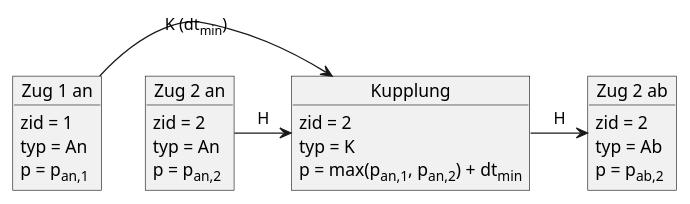
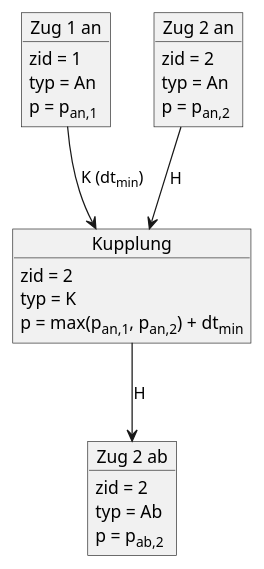
The diagram in docs/kupplung-ereignis.puml (topological-state/stskit), drawn with PlantUML before and after one commit. The commit also changed 3 other files, not shown here.

Commit message:
dokumentation: ereignisdiagramme vertikal darstellen

```diff
--- a/docs/kupplung-ereignis.puml
+++ b/docs/kupplung-ereignis.puml
@@ -1,31 +1,31 @@
 @startuml
 'https://plantuml.com/object-diagram
 
 object "Zug 1 an" as zug1an {
     zid = 1
     typ = An
     p = p<sub>an,1</sub>
 }
 
 object "Zug 2 an" as zug2an {
     zid = 2
     typ = An
     p = p<sub>an,2</sub>
 }
 
 object "Kupplung" as kupplung {
     zid = 2
     typ = K
     p = max(p<sub>an,1</sub>, p<sub>an,2</sub>) + dt<sub>min</sub>
 }
 
 object "Zug 2 ab" as zug2ab {
     zid = 2
     typ = Ab
     p = p<sub>ab,2</sub>
 }
 
-zug1an -> kupplung: K (dt<sub>min</sub>)
-zug2an -> kupplung: H
-kupplung -> zug2ab: H
+zug1an --> kupplung: K (dt<sub>min</sub>)
+zug2an --> kupplung: H
+kupplung --> zug2ab: H
 @enduml
```
